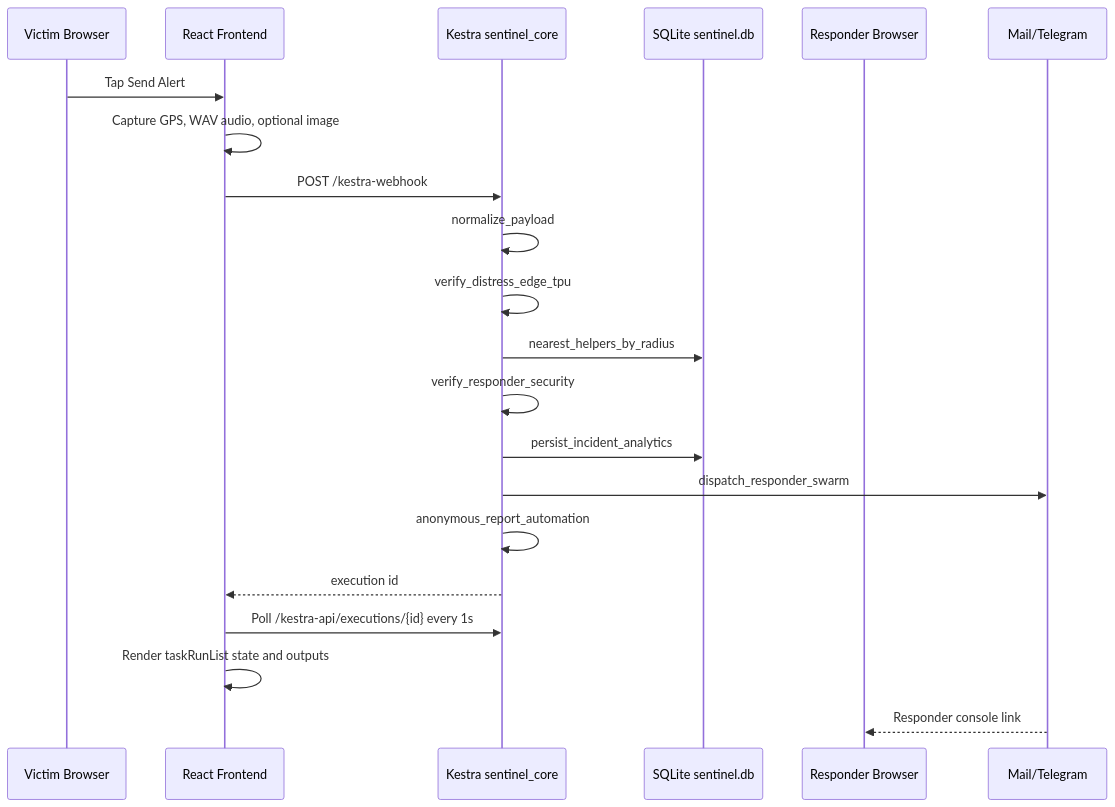
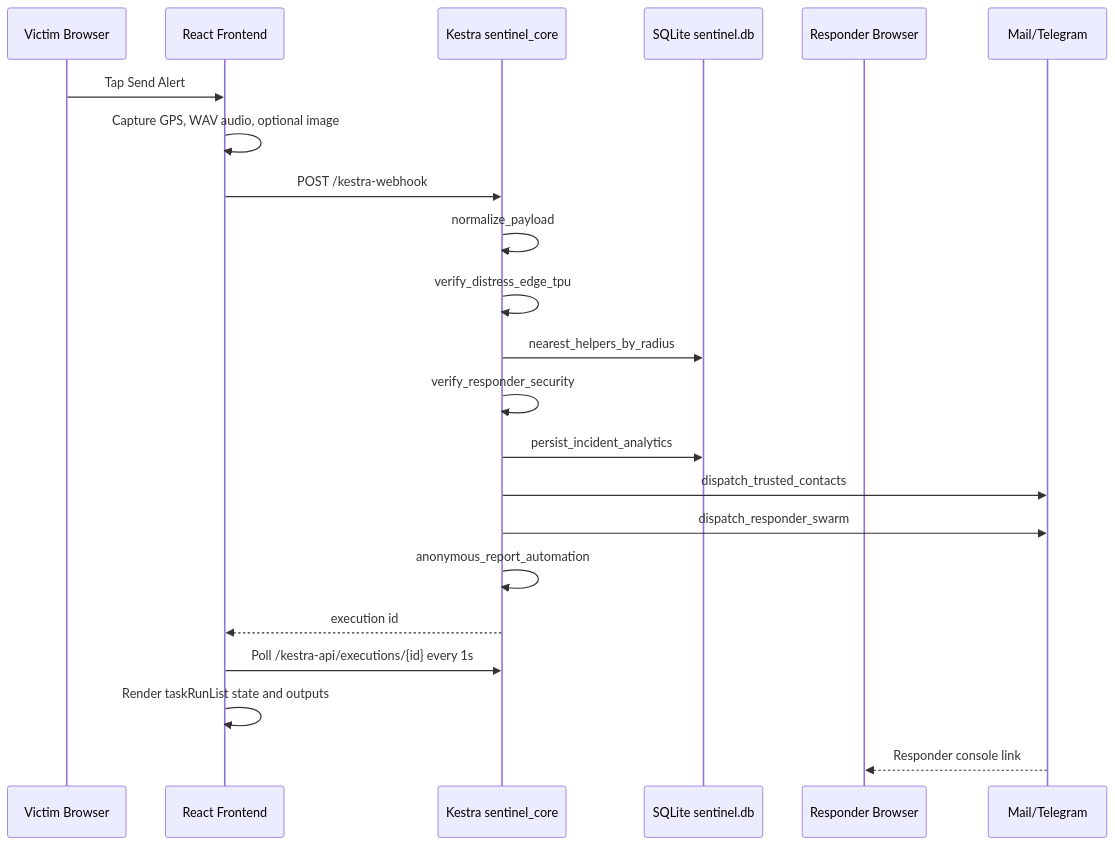
Before and after one commit to FiscalMindset/women: the first of 6 diagrams in technical.md, drawn with Mermaid. The commit also changed other lines of this file and 5 other files, not shown here.

````diff
--- a/technical.md
+++ b/technical.md
@@ -19,24 +19,25 @@
 ```mermaid
 sequenceDiagram
   participant V as Victim Browser
   participant F as React Frontend
   participant K as Kestra sentinel_core
   participant DB as SQLite sentinel.db
   participant R as Responder Browser
   participant M as Mail/Telegram
 
   V->>F: Tap Send Alert
   F->>F: Capture GPS, WAV audio, optional image
   F->>K: POST /kestra-webhook
   K->>K: normalize_payload
   K->>K: verify_distress_edge_tpu
   K->>DB: nearest_helpers_by_radius
   K->>K: verify_responder_security
   K->>DB: persist_incident_analytics
+  K->>M: dispatch_trusted_contacts
   K->>M: dispatch_responder_swarm
   K->>K: anonymous_report_automation
   K-->>F: execution id
   F->>K: Poll /kestra-api/executions/{id} every 1s
   F->>F: Render taskRunList state and outputs
   M-->>R: Responder console link
 ```
````
